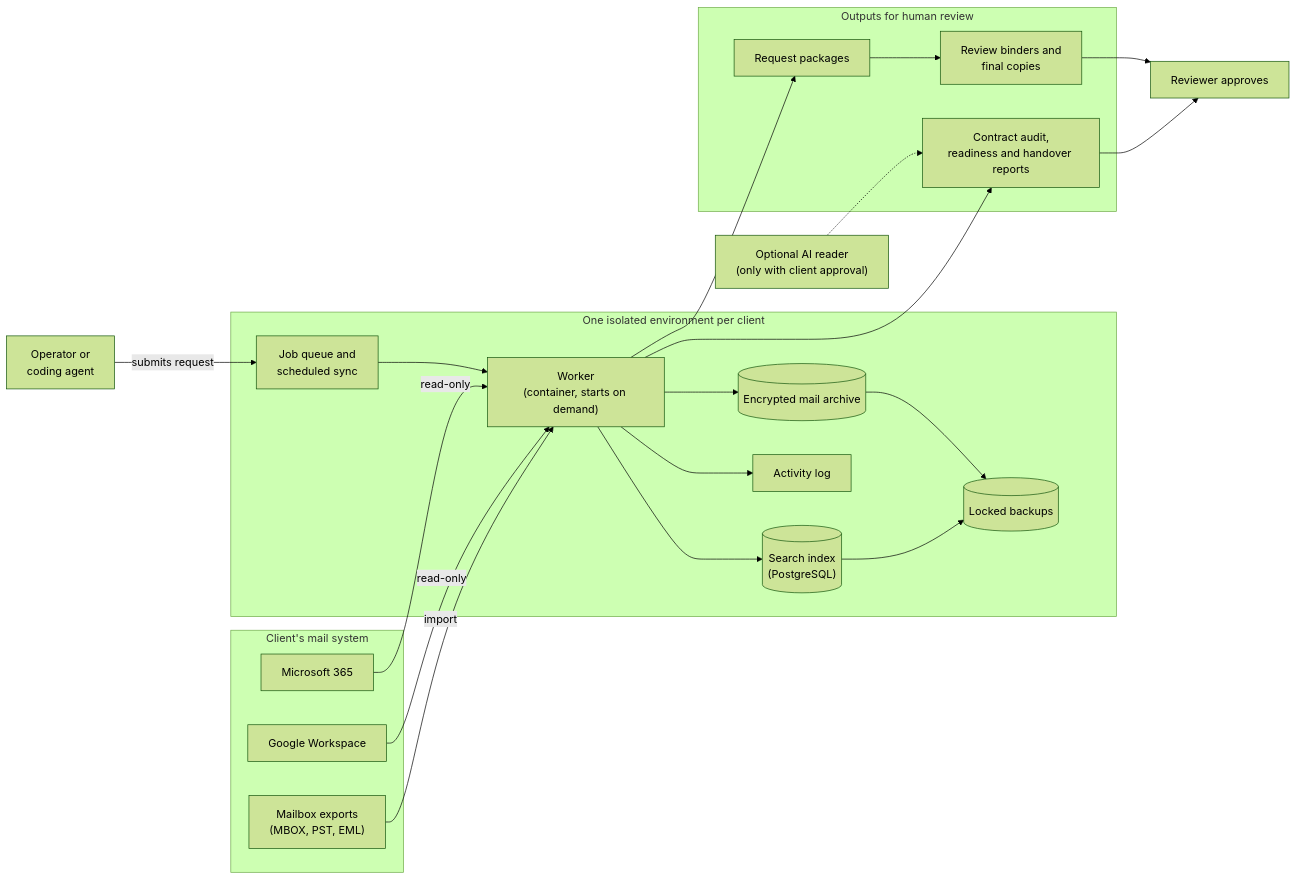
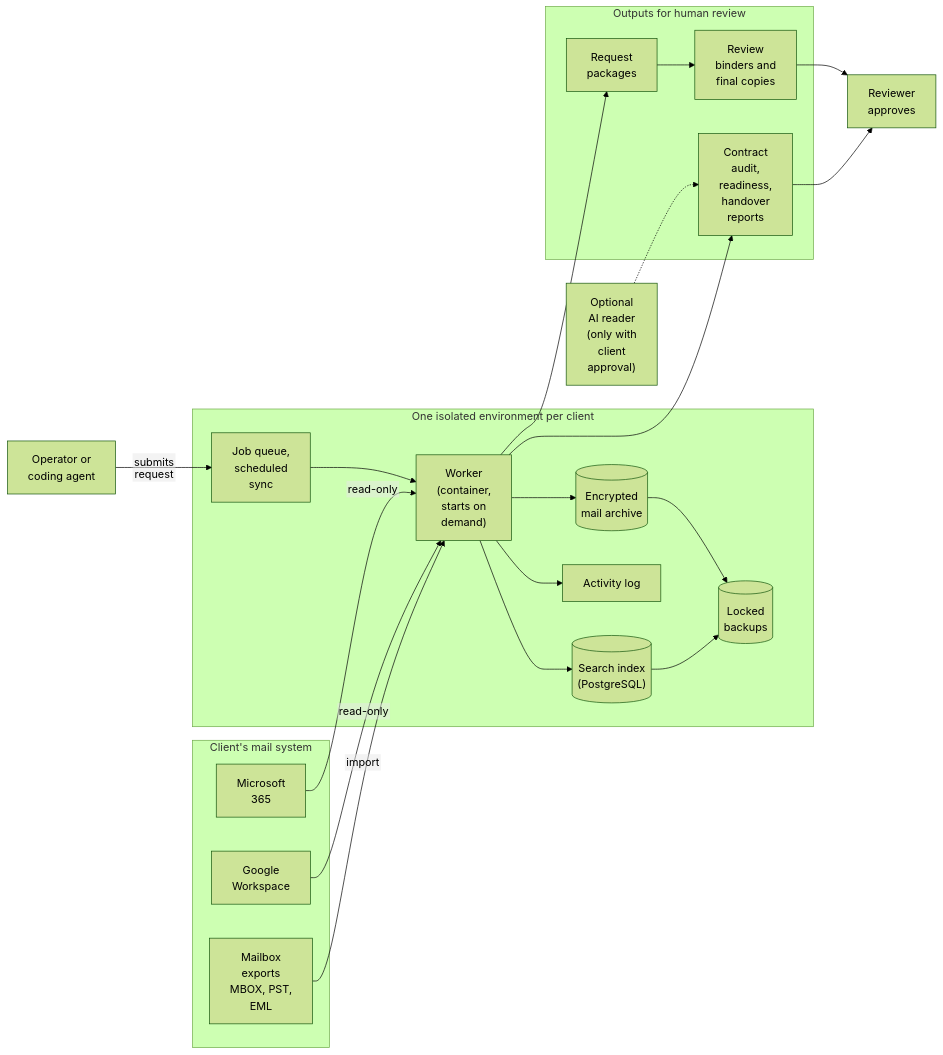
The diagram in projects/private-intelligence-platform/README.md (wilshem/portfolio), drawn with Mermaid (forest theme) before and after one commit. The commit also changed 2 other files, not shown here.

Commit message:
Fix clipped diagram labels: plain-text labels, shorter lines

````diff
--- a/projects/private-intelligence-platform/README.md
+++ b/projects/private-intelligence-platform/README.md
@@ -43,40 +43,41 @@
 ```mermaid
+%%{init: {"flowchart": {"htmlLabels": false}}}%%
 flowchart LR
     subgraph Client["Client's mail system"]
-        M365["Microsoft 365"]
-        GWS["Google Workspace"]
-        EXP["Mailbox exports<br/>(MBOX, PST, EML)"]
+        M365["Microsoft<br/>365"]
+        GWS["Google<br/>Workspace"]
+        EXP["Mailbox<br/>exports<br/>MBOX, PST,<br/>EML"]
     end
 
     subgraph Tenant["One isolated environment per client"]
-        Q["Job queue and<br/>scheduled sync"]
-        W["Worker<br/>(container, starts on demand)"]
-        S[("Encrypted mail archive")]
+        Q["Job queue,<br/>scheduled<br/>sync"]
+        W["Worker<br/>(container,<br/>starts on<br/>demand)"]
+        S[("Encrypted<br/>mail archive")]
         DB[("Search index<br/>(PostgreSQL)")]
-        B[("Locked backups")]
+        B[("Locked<br/>backups")]
         L["Activity log"]
     end
 
     subgraph Outputs["Outputs for human review"]
-        R["Request packages"]
-        BIN["Review binders and<br/>final copies"]
-        CA["Contract audit,<br/>readiness and handover reports"]
+        R["Request<br/>packages"]
+        BIN["Review<br/>binders and<br/>final copies"]
+        CA["Contract<br/>audit,<br/>readiness,<br/>handover<br/>reports"]
     end
 
-    OP["Operator or<br/>coding agent"] -->|"submits request"| Q
+    OP["Operator or<br/>coding agent"] -->|"submits<br/>request"| Q
     Q --> W
     M365 -->|"read-only"| W
     GWS -->|"read-only"| W
     EXP -->|"import"| W
     W --> S
     W --> DB
     S --> B
     DB --> B
     W --> L
     W --> R
     R --> BIN
     W --> CA
-    AI["Optional AI reader<br/>(only with client approval)"] -.-> CA
-    BIN --> REV["Reviewer approves"]
+    AI["Optional<br/>AI reader<br/>(only with<br/>client<br/>approval)"] -.-> CA
+    BIN --> REV["Reviewer<br/>approves"]
     CA --> REV
 ```
````
